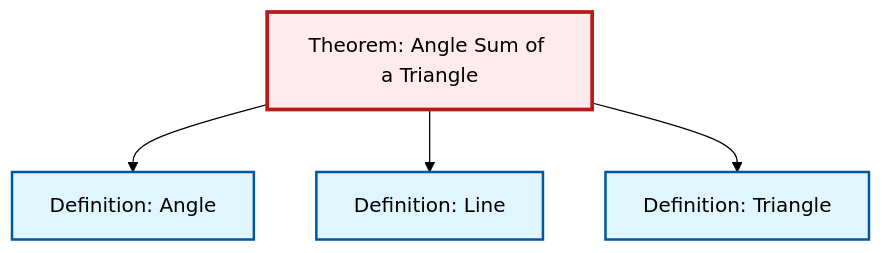
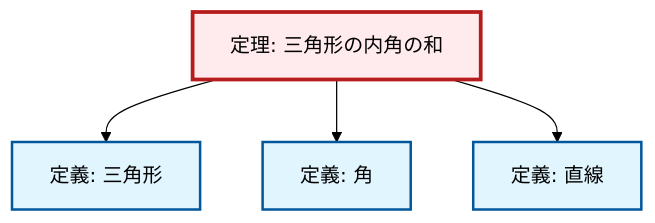
One commit to RK0429/ModernMath changed the diagram in content/ja/geometry/thm-angle-sum-triangle.qmd. Above: the diagram before and after it, drawn with Mermaid (forest theme). The commit also changed 1069 other files, not shown here.

````diff
--- a/content/ja/geometry/thm-angle-sum-triangle.qmd
+++ b/content/ja/geometry/thm-angle-sum-triangle.qmd
@@ -58,20 +58,20 @@
 ```{mermaid}
 %%| fig-cap: "Local dependency graph"
 graph TD
     classDef definition fill:#e1f5fe,stroke:#01579b,stroke-width:2px
     classDef theorem fill:#f3e5f5,stroke:#4a148c,stroke-width:2px
     classDef axiom fill:#fff3e0,stroke:#e65100,stroke-width:2px
     classDef example fill:#e8f5e9,stroke:#1b5e20,stroke-width:2px
     classDef current fill:#ffebee,stroke:#b71c1c,stroke-width:3px
-    thm-angle-sum-triangle["Theorem: Angle Sum of a Triangle"]:::theorem
-    def-triangle["Definition: Triangle"]:::definition
-    def-angle["Definition: Angle"]:::definition
-    def-line["Definition: Line"]:::definition
+    def-line["定義: 直線"]:::definition
+    def-triangle["定義: 三角形"]:::definition
+    thm-angle-sum-triangle["定理: 三角形の内角の和"]:::theorem
+    def-angle["定義: 角"]:::definition
+    thm-angle-sum-triangle --> def-triangle
     thm-angle-sum-triangle --> def-angle
     thm-angle-sum-triangle --> def-line
-    thm-angle-sum-triangle --> def-triangle
     class thm-angle-sum-triangle current
-    click def-triangle "def-triangle.html" "Definition: Triangleへ"
-    click def-angle "def-angle.html" "Definition: Angleへ"
-    click def-line "def-line.html" "Definition: Lineへ"
+    click def-line "def-line.html" "直線の定義へ"
+    click def-triangle "def-triangle.html" "三角形の定義へ"
+    click def-angle "def-angle.html" "角の定義へ"
 ```
````
